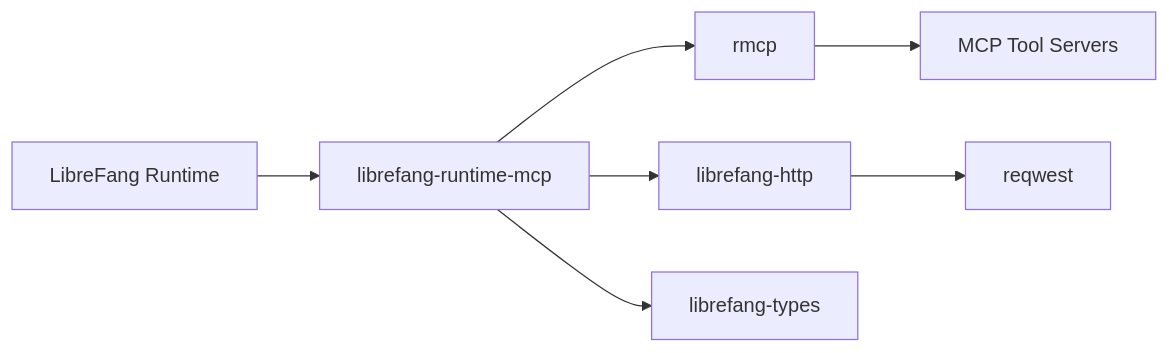
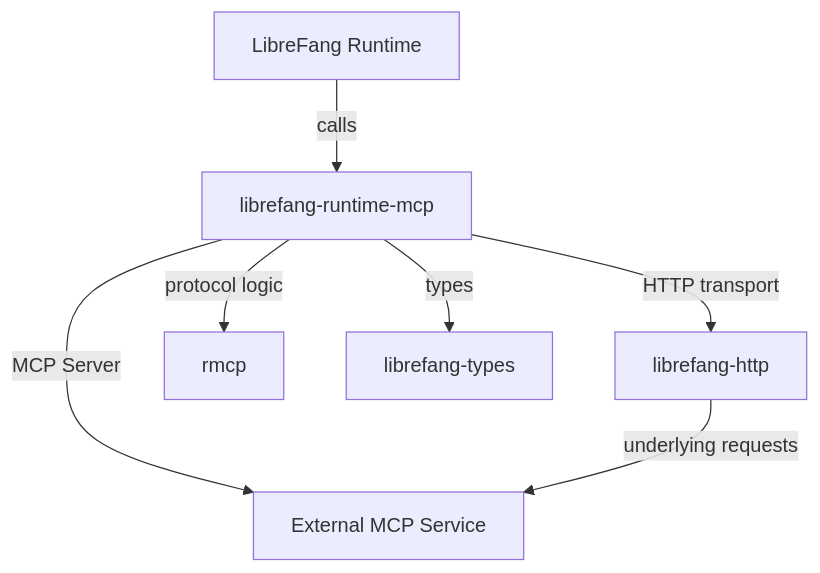
Before and after one commit to leszek3737/librefang-WIki: the diagram in other-librefang-runtime-mcp.md, drawn with Mermaid. The commit also changed other lines of this file and 99 other files, not shown here.

````diff
--- a/other-librefang-runtime-mcp.md
+++ b/other-librefang-runtime-mcp.md
@@ -13,9 +39,9 @@
 ```mermaid
-graph LR
-    A[LibreFang Runtime] --> B[librefang-runtime-mcp]
-    B --> C[rmcp]
-    B --> D[librefang-http]
-    B --> E[librefang-types]
-    C --> F[MCP Tool Servers]
-    D --> G[reqwest]
+graph TD
+    A[LibreFang Runtime] -->|calls| B[librefang-runtime-mcp]
+    B -->|HTTP transport| C[librefang-http]
+    B -->|protocol logic| D[rmcp]
+    B -->|types| E[librefang-types]
+    B -->|MCP Server| F[External MCP Service]
+    C -->|underlying requests| F
 ```
````
